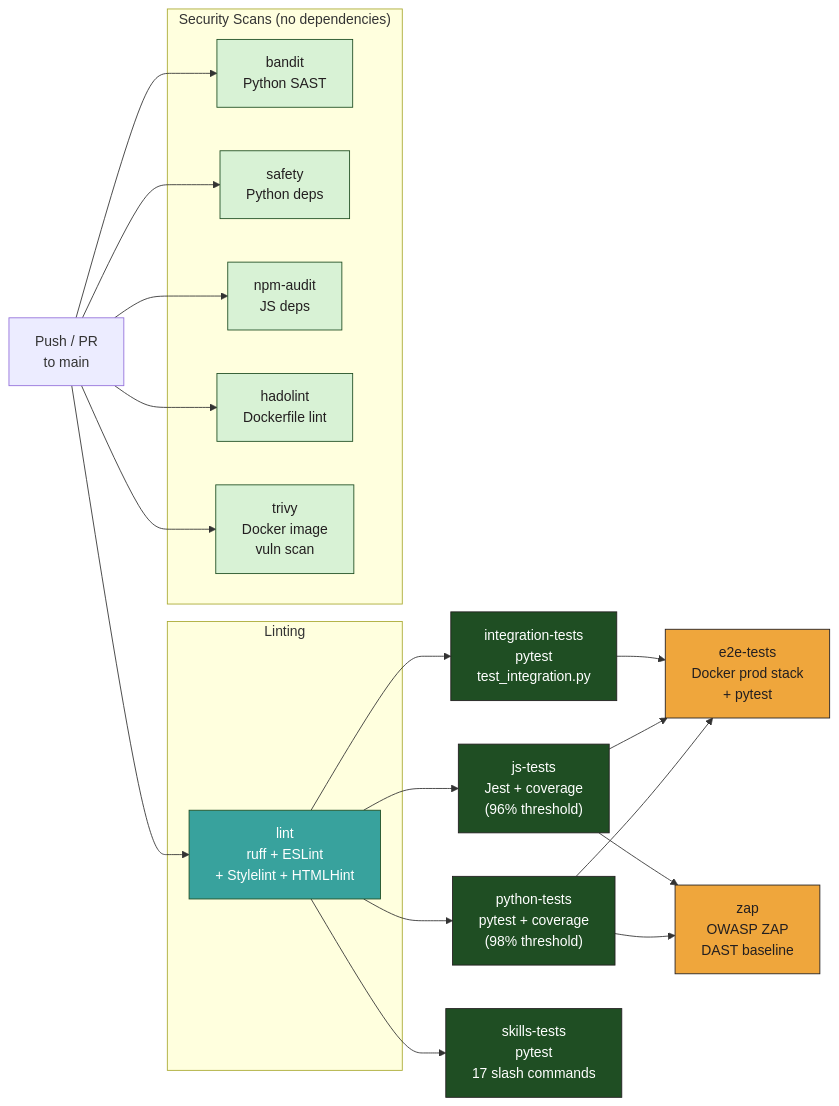
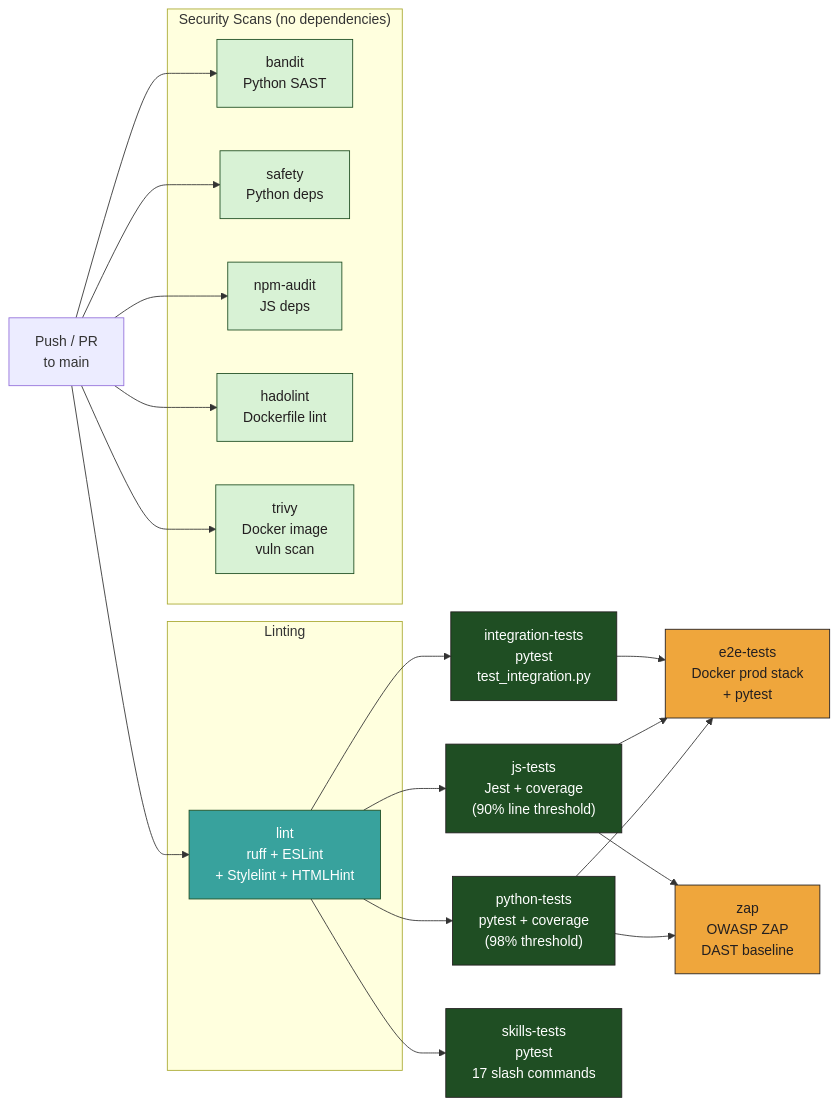
The third of 4 diagrams in README.md (mgmarques/radiocalico), drawn with Mermaid before and after one commit. The commit also changed other lines of this file and 4 other files, not shown here.

First line of the commit message:
Fix JS coverage threshold: 96% → 90% (threshold) across all docs

````diff
--- a/README.md
+++ b/README.md
@@ -525,47 +525,47 @@
 ```mermaid
 graph LR
     Push["Push / PR<br/>to main"] --> lint
 
     subgraph Linting
         lint["lint<br/>ruff + ESLint<br/>+ Stylelint + HTMLHint"]
     end
 
     lint --> python-tests["python-tests<br/>pytest + coverage<br/>(98% threshold)"]
     lint --> integration-tests["integration-tests<br/>pytest<br/>test_integration.py"]
-    lint --> js-tests["js-tests<br/>Jest + coverage<br/>(96% threshold)"]
+    lint --> js-tests["js-tests<br/>Jest + coverage<br/>(90% line threshold)"]
     lint --> skills-tests["skills-tests<br/>pytest<br/>17 slash commands"]
 
     python-tests --> e2e-tests["e2e-tests<br/>Docker prod stack<br/>+ pytest"]
     js-tests --> e2e-tests
     integration-tests --> e2e-tests
 
     python-tests --> zap["zap<br/>OWASP ZAP<br/>DAST baseline"]
     js-tests --> zap
 
     subgraph "Security Scans (no dependencies)"
         bandit["bandit<br/>Python SAST"]
         safety["safety<br/>Python deps"]
         npm-audit["npm-audit<br/>JS deps"]
         hadolint["hadolint<br/>Dockerfile lint"]
         trivy["trivy<br/>Docker image<br/>vuln scan"]
     end
 
     Push --> bandit
     Push --> safety
     Push --> npm-audit
     Push --> hadolint
     Push --> trivy
 
     style lint fill:#38A29D,stroke:#1F4E23,color:#FFFFFF
     style python-tests fill:#1F4E23,stroke:#231F20,color:#FFFFFF
     style integration-tests fill:#1F4E23,stroke:#231F20,color:#FFFFFF
     style js-tests fill:#1F4E23,stroke:#231F20,color:#FFFFFF
     style skills-tests fill:#1F4E23,stroke:#231F20,color:#FFFFFF
     style e2e-tests fill:#EFA63C,stroke:#231F20,color:#231F20
     style zap fill:#EFA63C,stroke:#231F20,color:#231F20
     style bandit fill:#D8F2D5,stroke:#1F4E23,color:#231F20
     style safety fill:#D8F2D5,stroke:#1F4E23,color:#231F20
     style npm-audit fill:#D8F2D5,stroke:#1F4E23,color:#231F20
     style hadolint fill:#D8F2D5,stroke:#1F4E23,color:#231F20
     style trivy fill:#D8F2D5,stroke:#1F4E23,color:#231F20
 ```
````
